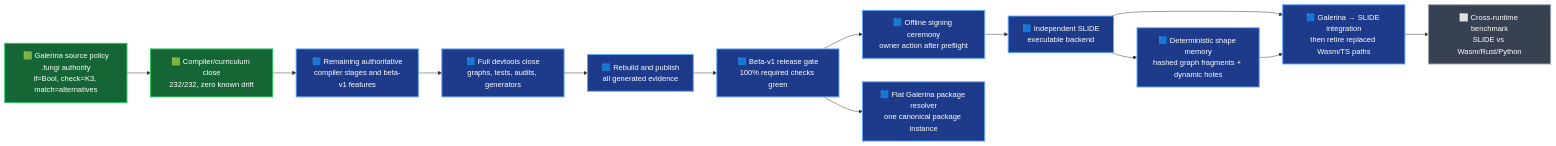
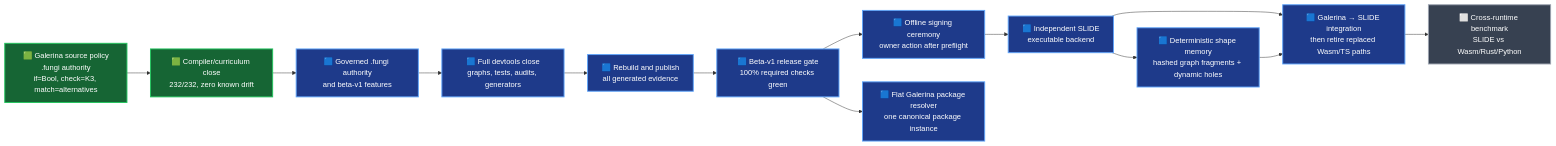
Before and after one commit to TritHypha/Deveolpment-runtime-fungi-gate: the diagram in docs/roadmap-2026-07-29-galerina-beta-v1-to-slide.md, drawn with Mermaid. The commit also changed other lines of this file and 7 other files, not shown here.

Commit message:
feat: complete compiler specification authority

````diff
--- a/docs/roadmap-2026-07-29-galerina-beta-v1-to-slide.md
+++ b/docs/roadmap-2026-07-29-galerina-beta-v1-to-slide.md
@@ -22,28 +22,28 @@
 ```mermaid
 flowchart LR
     A["🟩 Galerina source policy<br/>.fungi authority<br/>if=Bool, check=K3, match=alternatives"]
     B["🟩 Compiler/curriculum close<br/>232/232, zero known drift"]
-    C["🟦 Remaining authoritative<br/>compiler stages and beta-v1 features"]
+    C["🟦 Governed .fungi authority<br/>and beta-v1 features"]
     D["🟦 Full devtools close<br/>graphs, tests, audits, generators"]
     E["🟦 Rebuild and publish<br/>all generated evidence"]
     F["🟦 Beta-v1 release gate<br/>100% required checks green"]
     G["🟦 Offline signing ceremony<br/>owner action after preflight"]
     H["🟦 Independent SLIDE<br/>executable backend"]
     I["🟦 Galerina → SLIDE integration<br/>then retire replaced Wasm/TS paths"]
     J["⬜ Cross-runtime benchmark<br/>SLIDE vs Wasm/Rust/Python"]
     P["🟦 Flat Galerina package resolver<br/>one canonical package instance"]
     M["🟦 Deterministic shape memory<br/>hashed graph fragments + dynamic holes"]
 
     A --> B --> C --> D --> E --> F --> G --> H --> I --> J
     F --> P
     H --> M
     M --> I
 
     classDef green fill:#166534,color:#ffffff,stroke:#22c55e,stroke-width:2px;
     classDef amber fill:#854d0e,color:#ffffff,stroke:#facc15,stroke-width:2px;
     classDef blue fill:#1e3a8a,color:#ffffff,stroke:#60a5fa,stroke-width:2px;
     classDef grey fill:#374151,color:#ffffff,stroke:#9ca3af,stroke-width:2px;
     class A,B green;
     class C,D,E,F,G,H,I,P,M blue;
     class J grey;
 ```
````
